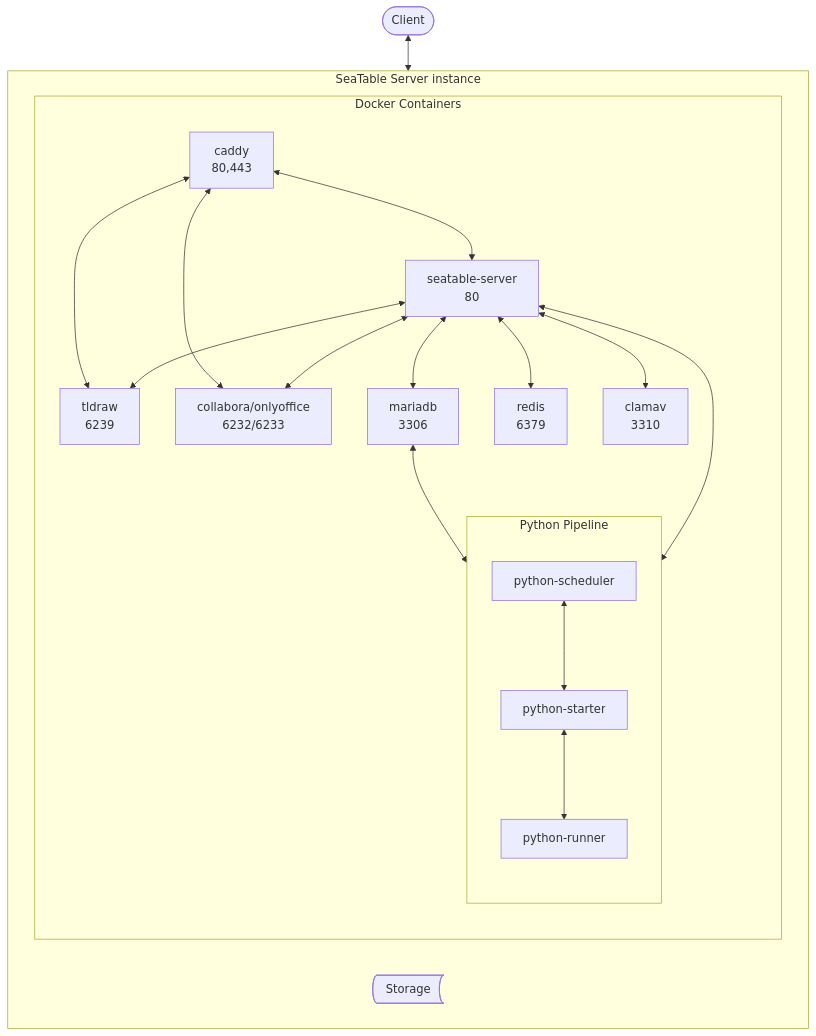
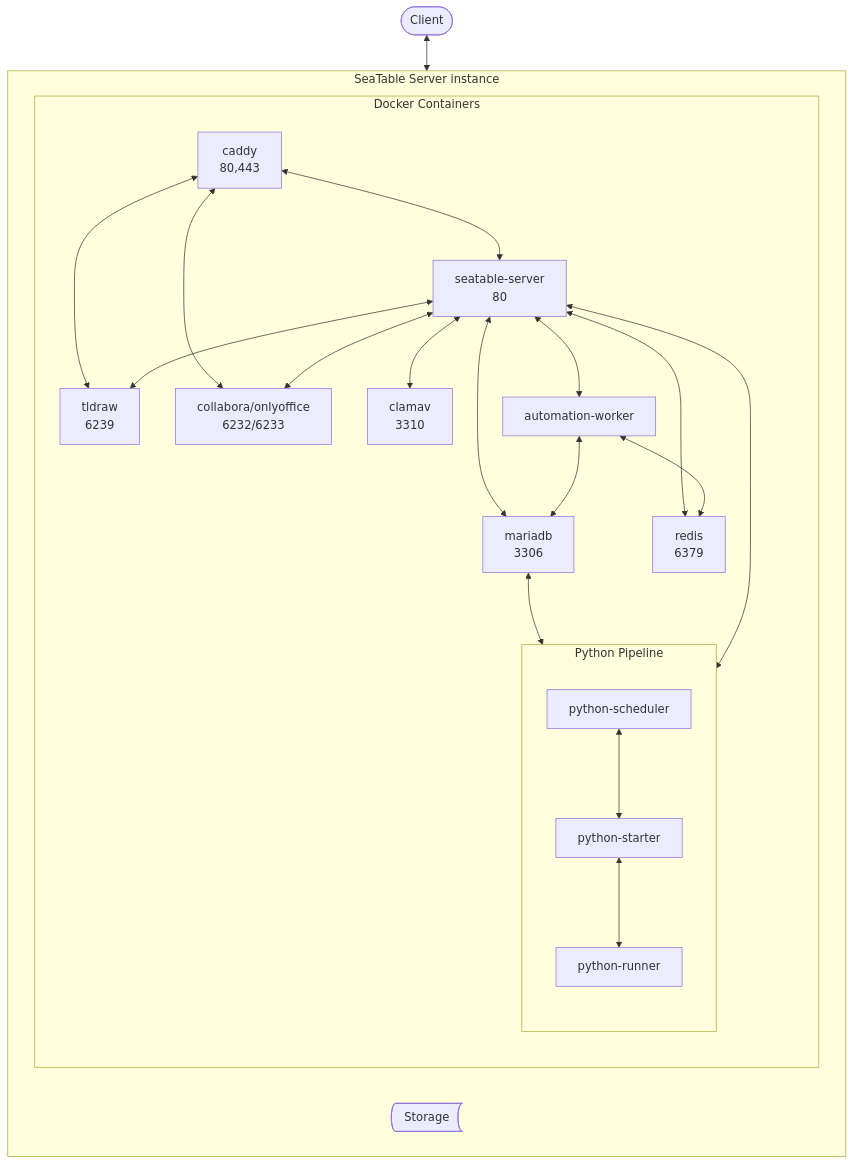
The second of 3 diagrams in docs/introduction/architecture.md (seatable/seatable-admin-docs), drawn with Mermaid before and after one commit. The commit also changed other lines of this file and 2 other files, not shown here.

Commit message:
Add docs for automation-worker

````diff
--- a/docs/introduction/architecture.md
+++ b/docs/introduction/architecture.md
@@ -37,37 +41,41 @@
 ```mermaid
 flowchart TB
     Client@{ shape: pill, label: "Client"}
     Client<-->C
     subgraph s[SeaTable Server instance]
         direction LR
         subgraph d[Docker Containers]
             direction TB
             C[caddy<br/>80,443]
             SS[seatable-server<br/>80]
             MDB[mariadb<br/>3306]
             R[redis<br/>6379]
             OO[collabora/onlyoffice<br/>6232/6233]
             Tld[tldraw<br/>6239]
             CAV[clamav<br/>3310]
             PSc[python-scheduler]
             PSt[python-starter]
             PR[python-runner]
+            AW[automation-worker]
             C<-->SS
             C<-->Tld
             C<-->OO
             SS<-->MDB
             MDB<-->PSc
                subgraph p[Python Pipeline]
                   direction TB
                   PSc<-->PSt
                   PSt<-->PR
                end
             SS<-->R
             SS<-->OO
             SS<-->Tld
             SS<-->CAV
             SS<-->PSc
+            SS<-->AW
+            AW<-->MDB
+            AW<-->R
         end
         F@{ shape: bow-rect, label: "Storage"}
     end
 ```
````
